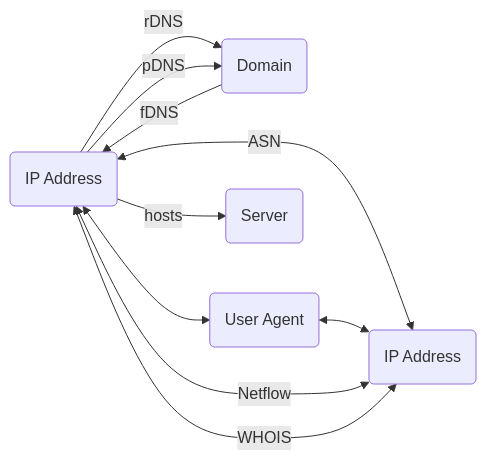
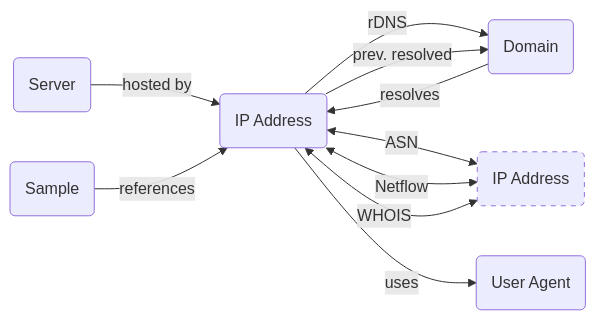
Before and after one commit to korniko98/pivot-atlas: the diagram in docs/artifacts/ip-address.md, drawn with Mermaid. The commit also changed other lines of this file and 4 other files, not shown here.

````diff
--- a/docs/artifacts/ip-address.md
+++ b/docs/artifacts/ip-address.md
@@ -32,15 +32,23 @@
 	```mermaid
 	flowchart LR
-		IP_ADDRESS("IP Address") -- rDNS --> DOMAIN("Domain")
-		IP_ADDRESS -- pDNS --> DOMAIN
-		DOMAIN -- fDNS --> IP_ADDRESS
-		IP_ADDRESS <-- ASN --> IP_ADDRESS_("IP Address")
-		IP_ADDRESS <--> USER_AGENT("User Agent")
-		USER_AGENT <--> IP_ADDRESS_
+		classDef secondary stroke-dasharray: 5 5
+		
+		%% define nodes
+		IP_ADDRESS(IP Address)
+		IP_ADDRESS_(IP Address):::secondary
+		DOMAIN(Domain)
+		SERVER(Server)
+		SAMPLE(Sample)
+		USER_AGENT(User Agent)
+		
+		%% define edges
+		DOMAIN -- resolves --> IP_ADDRESS
+		IP_ADDRESS -- rDNS --> DOMAIN
+		IP_ADDRESS -- prev. resolved --> DOMAIN
+		IP_ADDRESS <-- ASN --> IP_ADDRESS_
+		IP_ADDRESS -- uses --> USER_AGENT
 		IP_ADDRESS <-- Netflow --> IP_ADDRESS_
 		IP_ADDRESS <-- WHOIS --> IP_ADDRESS_
-		IP_ADDRESS -- hosts --> SERVER("Server")
-		click DOMAIN "#domains"
-		click IP_ADDRESS_ "#ip-addresses"
-		click SERVER "#servers"
+		SERVER -- hosted by --> IP_ADDRESS
+		SAMPLE -- references --> IP_ADDRESS
 	```
````
